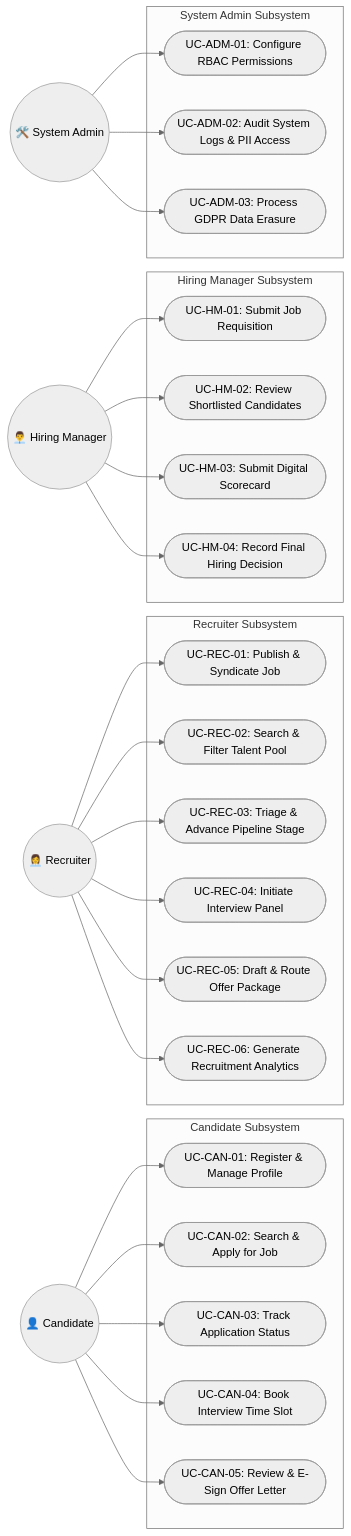
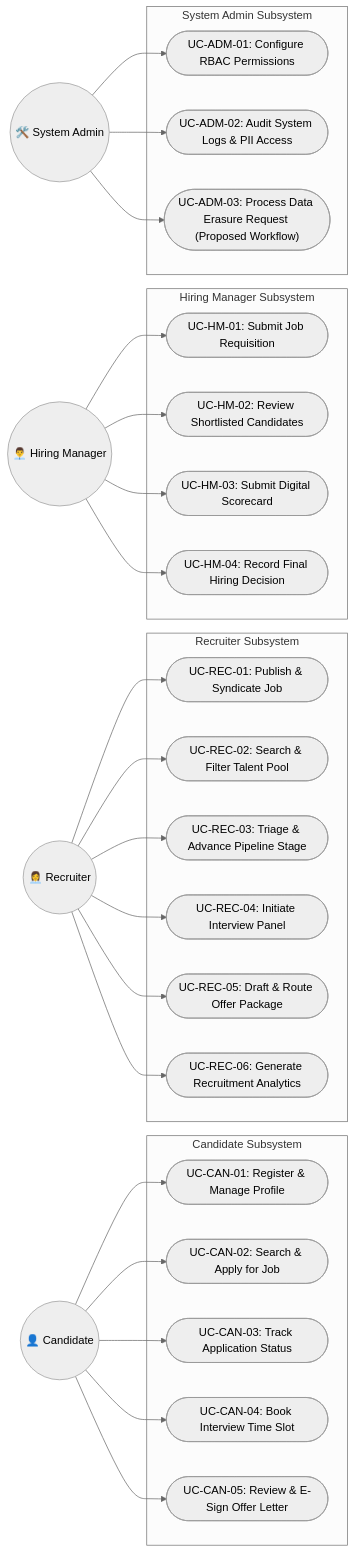
The first of 2 diagrams in docs/05-uml-use-cases.md (namrathach10/recruitment-ats-business-analysis), drawn with Mermaid (neutral theme) before and after one commit. The commit also changed other lines of this file and 6 other files, not shown here.

Commit message:
refactor: address remaining review issues across README, Charter, AS-IS, Requirements, UML, Architecture, and Analytics

````diff
--- a/docs/05-uml-use-cases.md
+++ b/docs/05-uml-use-cases.md
@@ -34,54 +34,54 @@
 ```mermaid
 flowchart LR
     subgraph Candidate Subsystem
         UC_CAN1(["UC-CAN-01: Register & Manage Profile"])
         UC_CAN2(["UC-CAN-02: Search & Apply for Job"])
         UC_CAN3(["UC-CAN-03: Track Application Status"])
         UC_CAN4(["UC-CAN-04: Book Interview Time Slot"])
         UC_CAN5(["UC-CAN-05: Review & E-Sign Offer Letter"])
     end
 
     subgraph Recruiter Subsystem
         UC_REC1(["UC-REC-01: Publish & Syndicate Job"])
         UC_REC2(["UC-REC-02: Search & Filter Talent Pool"])
         UC_REC3(["UC-REC-03: Triage & Advance Pipeline Stage"])
         UC_REC4(["UC-REC-04: Initiate Interview Panel"])
         UC_REC5(["UC-REC-05: Draft & Route Offer Package"])
         UC_REC6(["UC-REC-06: Generate Recruitment Analytics"])
     end
 
     subgraph Hiring Manager Subsystem
         UC_HM1(["UC-HM-01: Submit Job Requisition"])
         UC_HM2(["UC-HM-02: Review Shortlisted Candidates"])
         UC_HM3(["UC-HM-03: Submit Digital Scorecard"])
         UC_HM4(["UC-HM-04: Record Final Hiring Decision"])
     end
 
     subgraph System Admin Subsystem
         UC_ADM1(["UC-ADM-01: Configure RBAC Permissions"])
         UC_ADM2(["UC-ADM-02: Audit System Logs & PII Access"])
-        UC_ADM3(["UC-ADM-03: Process GDPR Data Erasure"])
+        UC_ADM3(["UC-ADM-03: Process Data Erasure Request (Proposed Workflow)"])
     end
 
     CANDIDATE((👤 Candidate)) --> UC_CAN1
     CANDIDATE --> UC_CAN2
     CANDIDATE --> UC_CAN3
     CANDIDATE --> UC_CAN4
     CANDIDATE --> UC_CAN5
 
     RECRUITER((👩‍💼 Recruiter)) --> UC_REC1
     RECRUITER --> UC_REC2
     RECRUITER --> UC_REC3
     RECRUITER --> UC_REC4
     RECRUITER --> UC_REC5
     RECRUITER --> UC_REC6
 
     HIRING_MGR((👨‍💼 Hiring Manager)) --> UC_HM1
     HIRING_MGR --> UC_HM2
     HIRING_MGR --> UC_HM3
     HIRING_MGR --> UC_HM4
 
     ADMIN((🛠️ System Admin)) --> UC_ADM1
     ADMIN --> UC_ADM2
     ADMIN --> UC_ADM3
 ```
````
